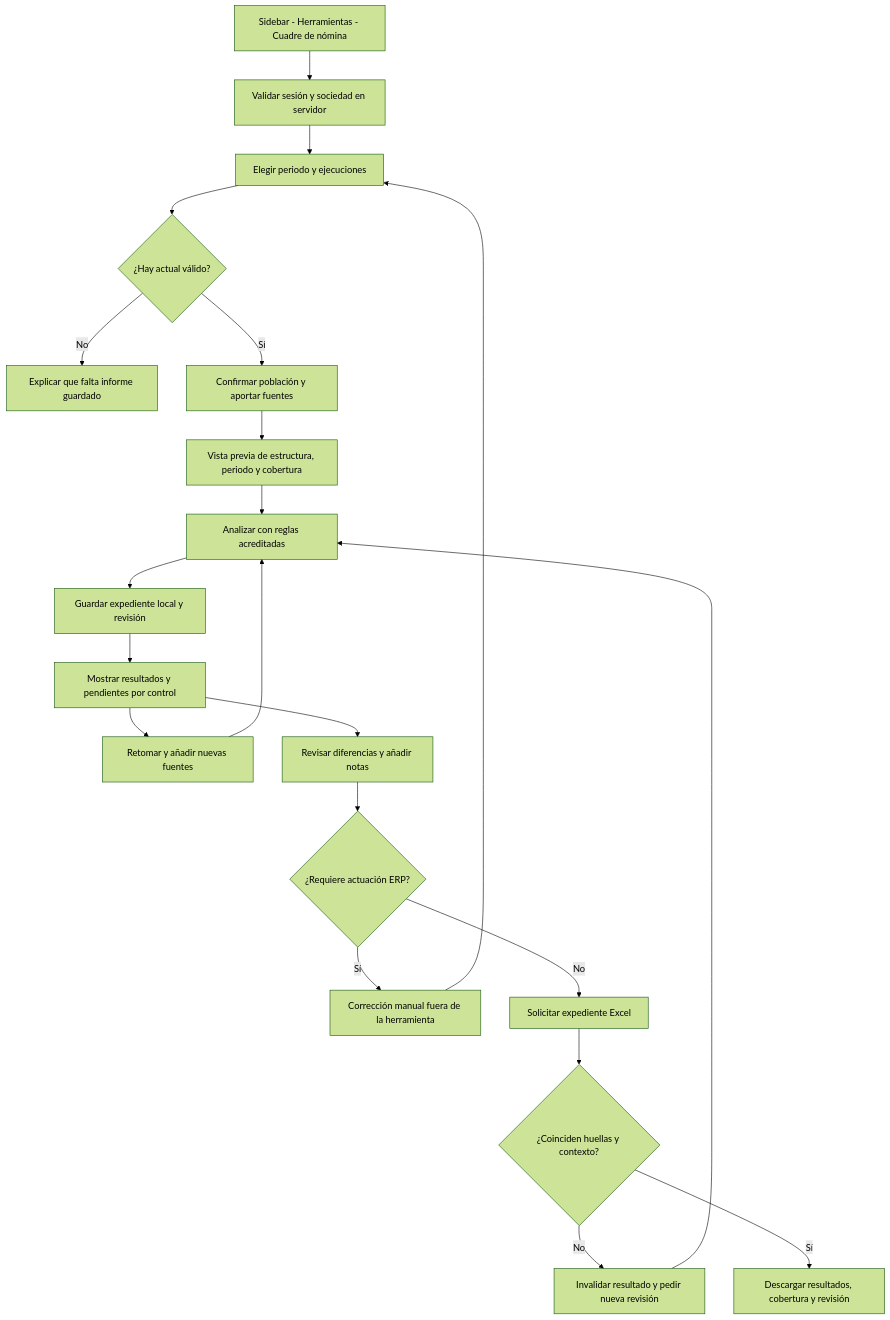
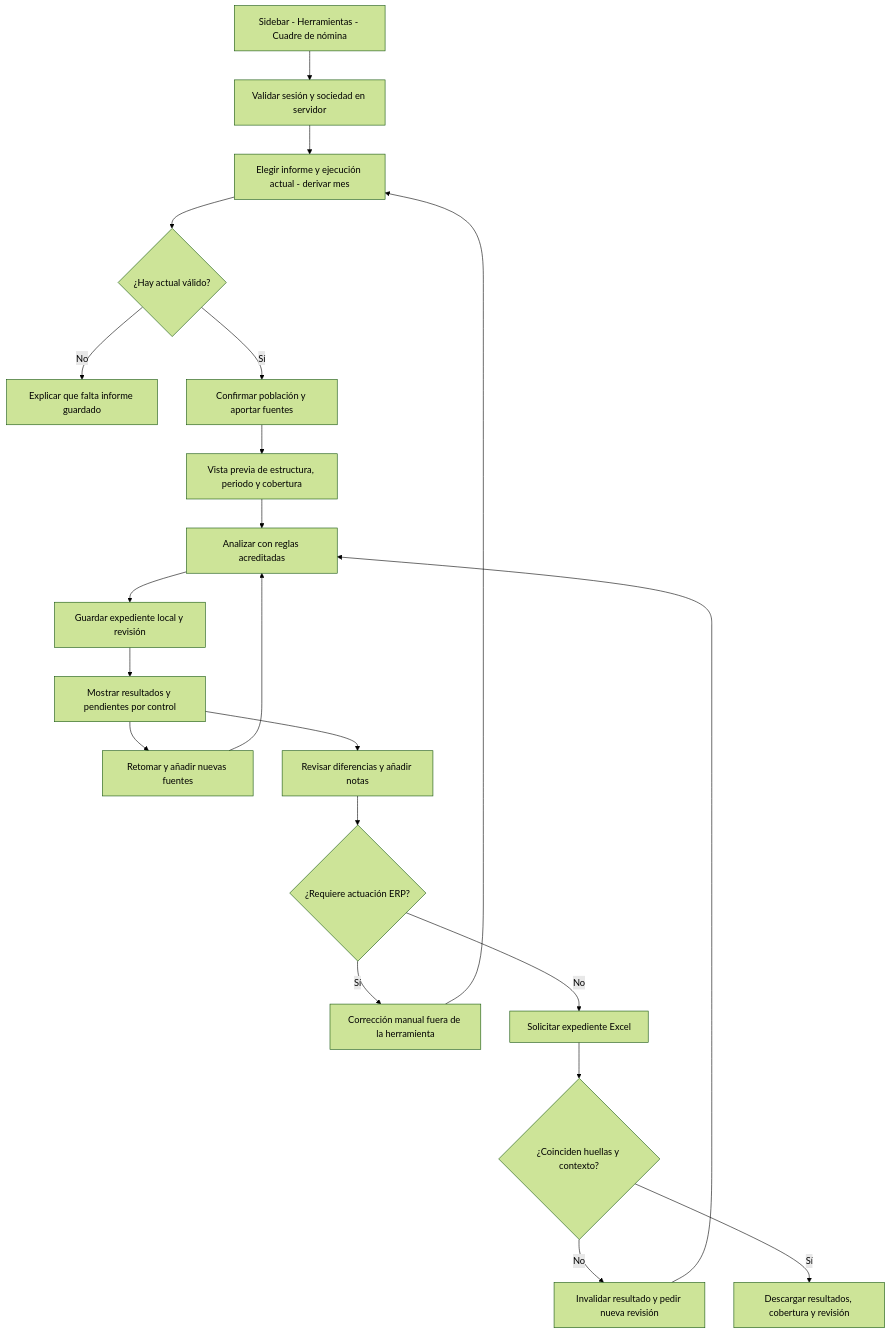
Before and after one commit to erpereh/powermeta4: the second of 5 diagrams in docs/automatizacion-reunion/WORKFLOW.md, drawn with Mermaid (forest theme). The commit also changed 10 other files, not shown here.

````diff
--- a/docs/automatizacion-reunion/WORKFLOW.md
+++ b/docs/automatizacion-reunion/WORKFLOW.md
@@ -33,23 +33,23 @@
 ```mermaid
 flowchart TD
   A[Sidebar - Herramientas - Cuadre de nómina] --> B[Validar sesión y sociedad en servidor]
-  B --> C[Elegir periodo y ejecuciones]
+  B --> C[Elegir informe y ejecución actual - derivar mes]
   C --> D{¿Hay actual válido?}
   D -->|No| E[Explicar que falta informe guardado]
   D -->|Sí| F[Confirmar población y aportar fuentes]
   F --> G[Vista previa de estructura, periodo y cobertura]
   G --> H[Analizar con reglas acreditadas]
   H --> SAVE[Guardar expediente local y revisión]
   SAVE --> I[Mostrar resultados y pendientes por control]
   I --> MORE[Retomar y añadir nuevas fuentes]
   MORE --> H
   I --> J[Revisar diferencias y añadir notas]
   J --> K{¿Requiere actuación ERP?}
   K -->|Sí| L[Corrección manual fuera de la herramienta]
   L --> C
   K -->|No| M[Solicitar expediente Excel]
   M --> N{¿Coinciden huellas y contexto?}
   N -->|No| O[Invalidar resultado y pedir nueva revisión]
   O --> H
   N -->|Sí| P[Descargar resultados, cobertura y revisión]
 ```
````
